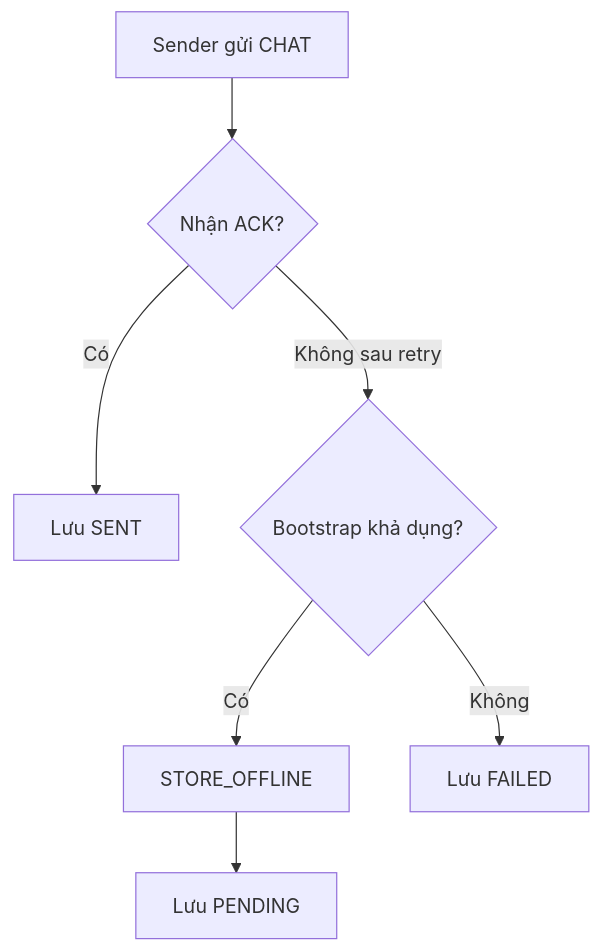
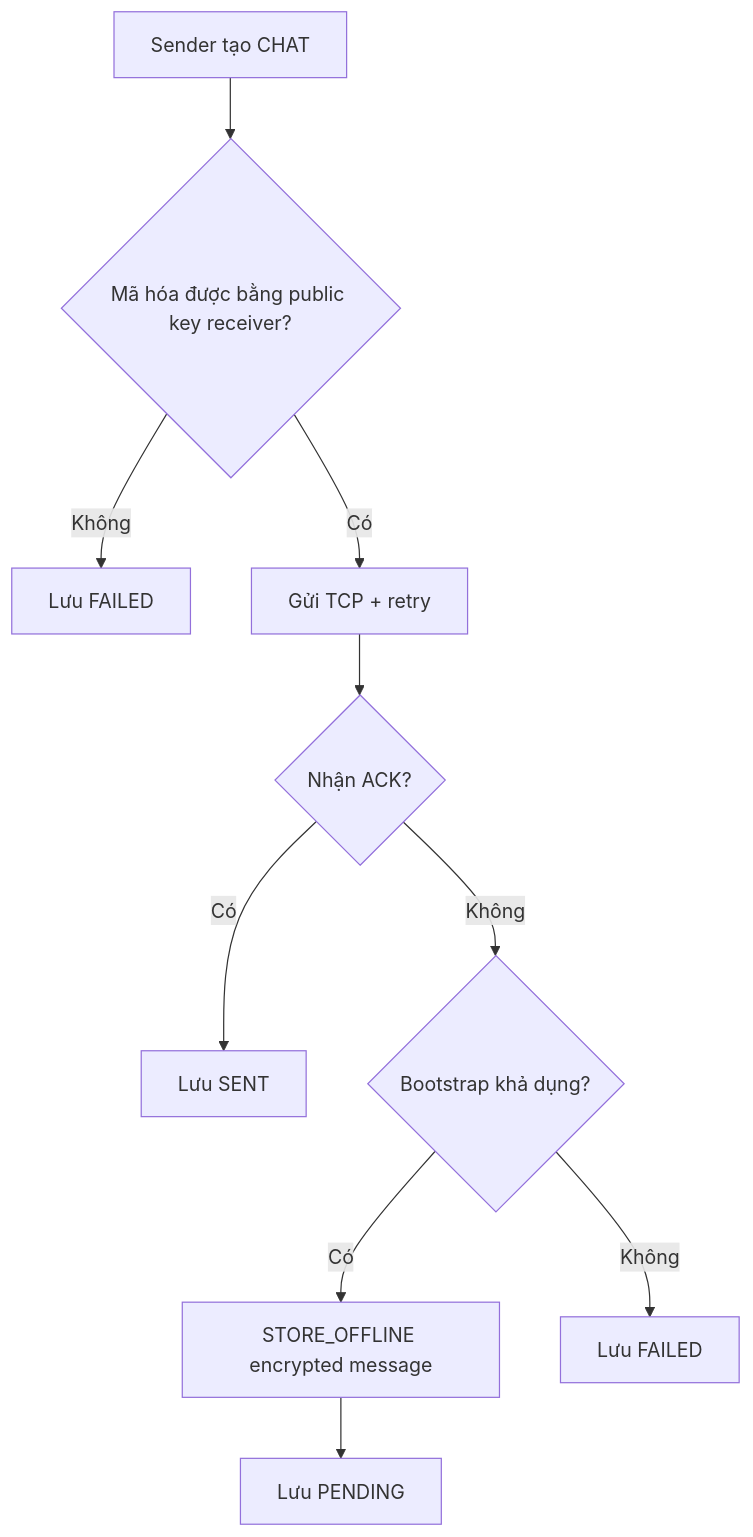
One commit to dungcony/p2p changed the diagram in docs/nop-bai/05_xu_ly_loi_va_thu_nghiem_he_thong.md. Above: the diagram before and after it, drawn with Mermaid. The commit also changed other lines of this file and 14 other files, not shown here.

````diff
--- a/docs/nop-bai/05_xu_ly_loi_va_thu_nghiem_he_thong.md
+++ b/docs/nop-bai/05_xu_ly_loi_va_thu_nghiem_he_thong.md
@@ -71,9 +73,12 @@
 ```mermaid
 flowchart TD
-    A["Sender gửi CHAT"] --> B{"Nhận ACK?"}
-    B -->|Có| C["Lưu SENT"]
-    B -->|Không sau retry| D{"Bootstrap khả dụng?"}
-    D -->|Có| E["STORE_OFFLINE"]
-    E --> F["Lưu PENDING"]
-    D -->|Không| G["Lưu FAILED"]
+    A["Sender tạo CHAT"] --> B{"Mã hóa được bằng public key receiver?"}
+    B -->|Không| X["Lưu FAILED"]
+    B -->|Có| C["Gửi TCP + retry"]
+    C --> D{"Nhận ACK?"}
+    D -->|Có| E["Lưu SENT"]
+    D -->|Không| F{"Bootstrap khả dụng?"}
+    F -->|Có| G["STORE_OFFLINE encrypted message"]
+    G --> H["Lưu PENDING"]
+    F -->|Không| I["Lưu FAILED"]
 ```
````
